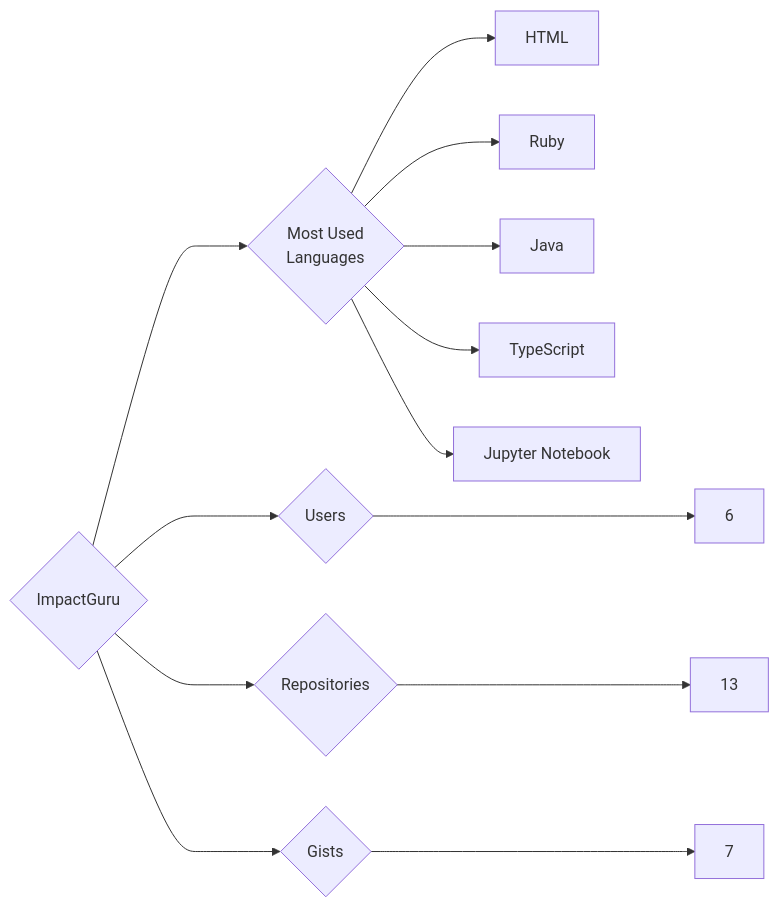
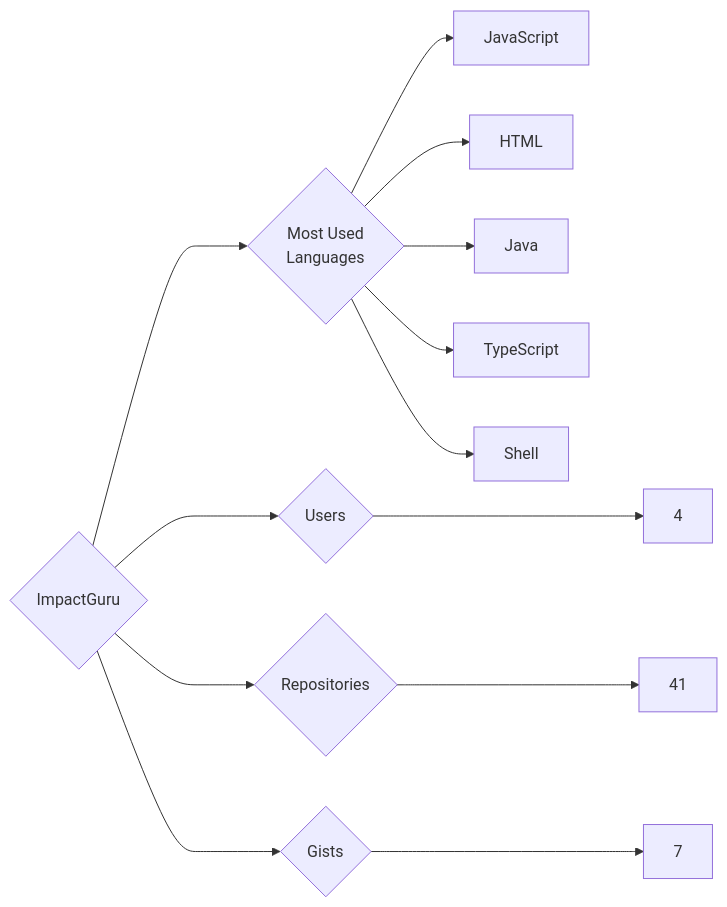
One commit to trickest/insiders changed the diagram in targets/ImpactGuru/README.md. Above: the diagram before and after it, drawn with Mermaid. The commit also changed 872 other files, not shown here.

````diff
--- a/targets/ImpactGuru/README.md
+++ b/targets/ImpactGuru/README.md
@@ -3,13 +3,13 @@
 ```mermaid
 graph LR
 COMPANY_NAME{ImpactGuru}
-COMPANY_NAME ---> U{Users} ---> UN[6]
-COMPANY_NAME ---> R{Repositories} ---> RN[13]
+COMPANY_NAME ---> U{Users} ---> UN[4]
+COMPANY_NAME ---> R{Repositories} ---> RN[41]
 COMPANY_NAME ---> G{Gists} ---> GN[7]
 COMPANY_NAME ---> ML{Most Used<br>Languages}
+ML --> JavaScript[JavaScript]
 ML --> HTML[HTML]
-ML --> Ruby[Ruby]
 ML --> Java[Java]
 ML --> TypeScript[TypeScript]
-ML --> Jupyter_Notebook[Jupyter Notebook]
+ML --> Shell[Shell]
 ```
````
